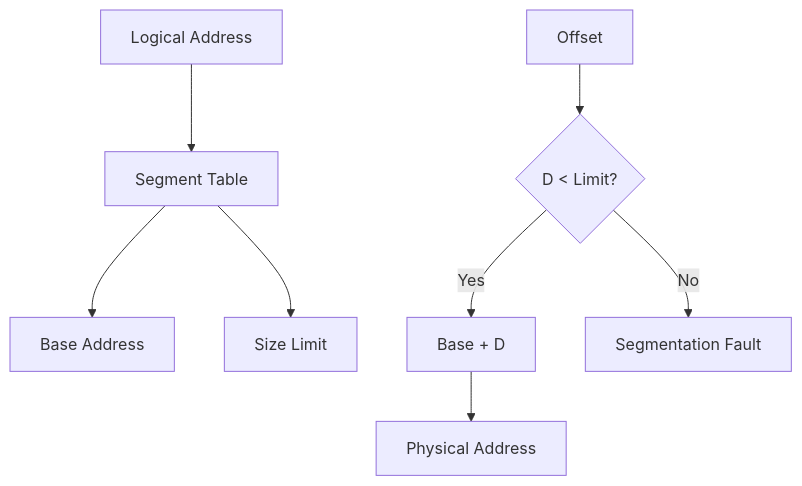
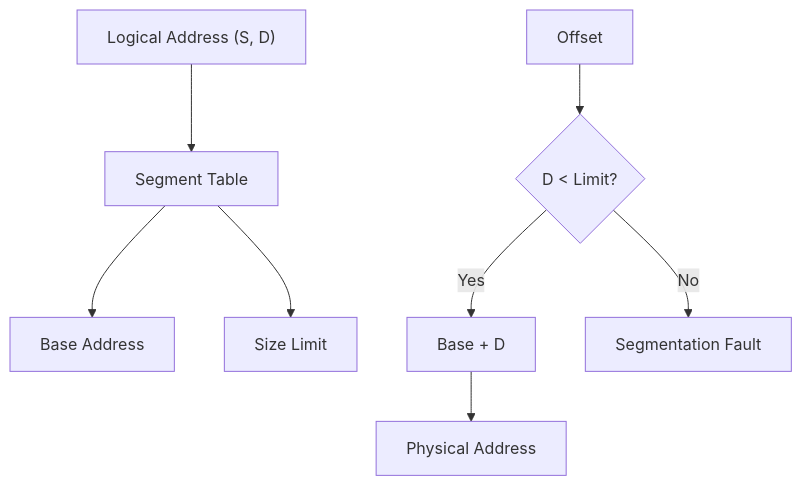
One commit to Nathan0820/vault changed the third of 5 diagrams in content/CS2106/L8.md. Above: the diagram before and after it, drawn with Mermaid. The commit also changed other lines of this file and 2 other files, not shown here.

````diff
--- a/content/CS2106/L8.md
+++ b/content/CS2106/L8.md
@@ -113,10 +113,10 @@
 ```mermaid
 graph TD
-    CPU["Logical Address <S, D>"] --> ST[Segment Table]
+    CPU["Logical Address (S, D)"] --> ST[Segment Table]
     ST --> Base[Base Address]
     ST --> Limit[Size Limit]
-    D[Offset] --> Check{"D < Limit?"}
+    D[Offset] --> Check{"D &lt; Limit?"}
     Check -- Yes --> Add["Base + D"]
     Check -- No --> Error["Segmentation Fault"]
     Add --> PA["Physical Address"]
 ```
````
